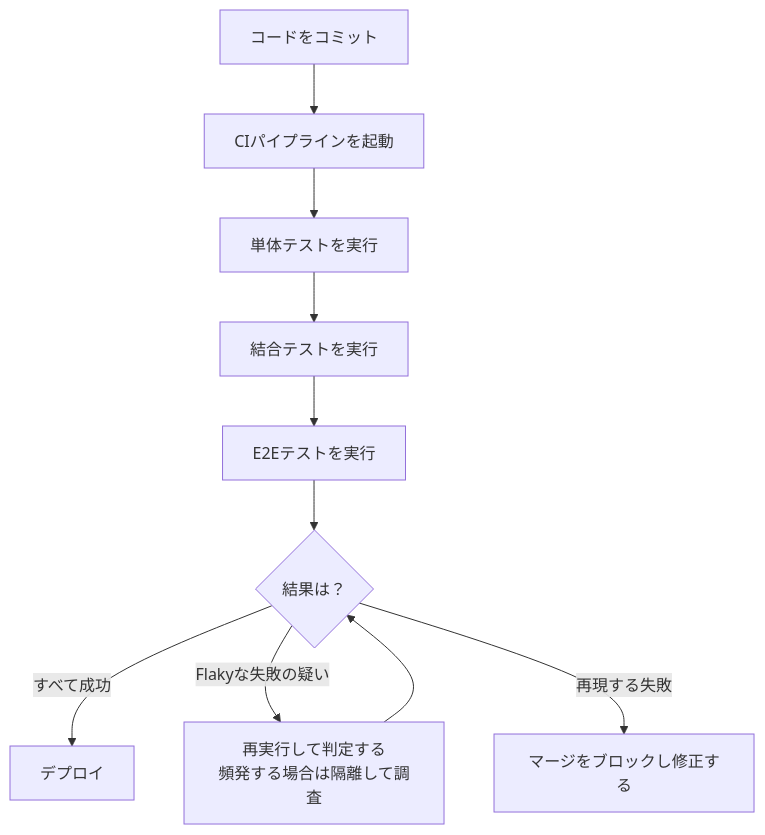
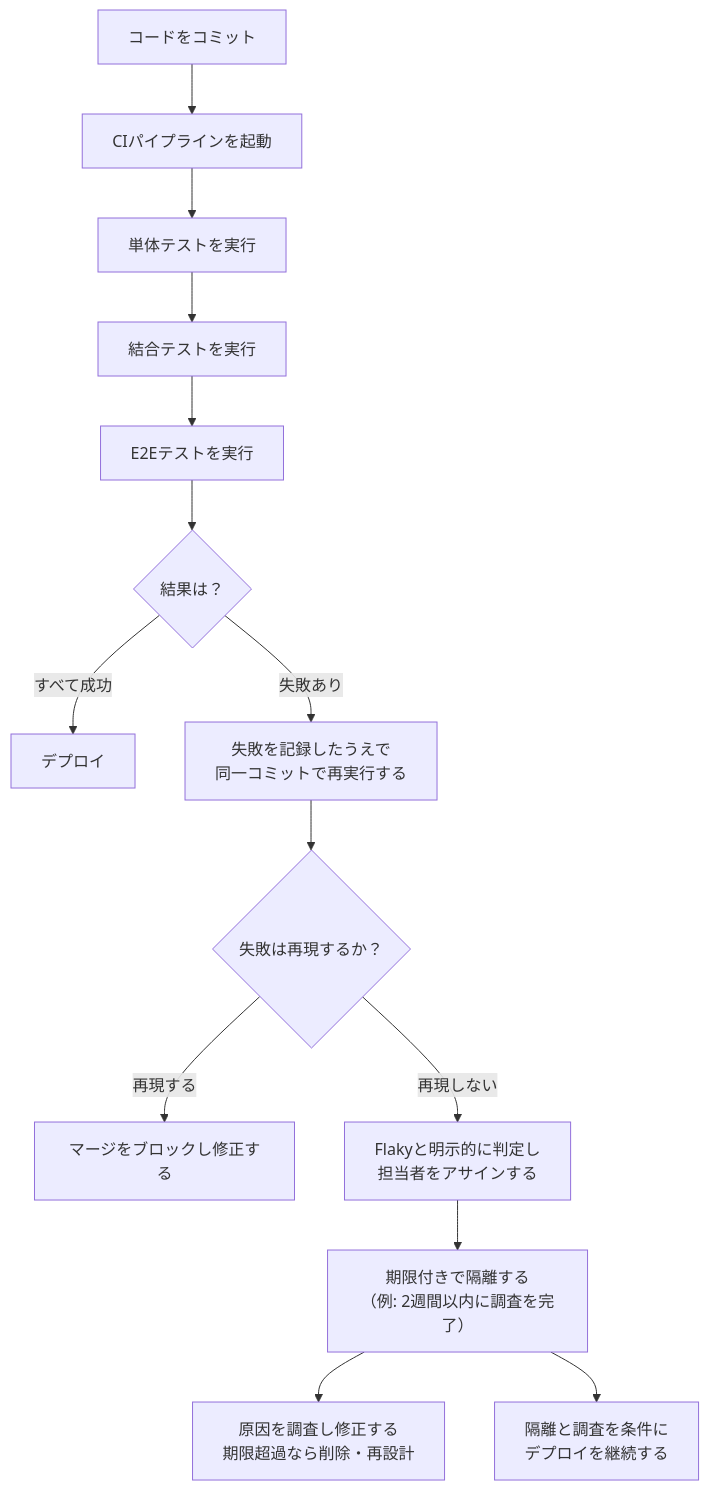
The sixth of 6 diagrams in Art-of-software-testing-guide.md (myoshi2891/Quality-Assurance-Studies), drawn with Mermaid before and after one commit. The commit also changed other lines of this file, not shown here.

````diff
--- a/Art-of-software-testing-guide.md
+++ b/Art-of-software-testing-guide.md
@@ -267,12 +281,16 @@
 ```mermaid
 flowchart TB
     Commit["コードをコミット"] --> Pipeline["CIパイプラインを起動"]
     Pipeline --> UnitCI["単体テストを実行"]
     UnitCI --> IntegrationCI["結合テストを実行"]
     IntegrationCI --> E2ECI["E2Eテストを実行"]
     E2ECI --> Result{"結果は？"}
     Result -->|すべて成功| Deploy["デプロイ"]
-    Result -->|Flakyな失敗の疑い| Retry["再実行して判定する<br/>頻発する場合は隔離して調査"]
-    Result -->|再現する失敗| Block["マージをブロックし修正する"]
-    Retry --> Result
+    Result -->|失敗あり| Retry["失敗を記録したうえで<br/>同一コミットで再実行する"]
+    Retry --> Judge{"失敗は再現するか？"}
+    Judge -->|再現する| Block["マージをブロックし修正する"]
+    Judge -->|再現しない| Flaky["Flakyと明示的に判定し<br/>担当者をアサインする"]
+    Flaky --> Quarantine["期限付きで隔離する<br/>（例: 2週間以内に調査を完了）"]
+    Quarantine --> Investigate["原因を調査し修正する<br/>期限超過なら削除・再設計"]
+    Quarantine --> GatedDeploy["隔離と調査を条件に<br/>デプロイを継続する"]
 ```
````
